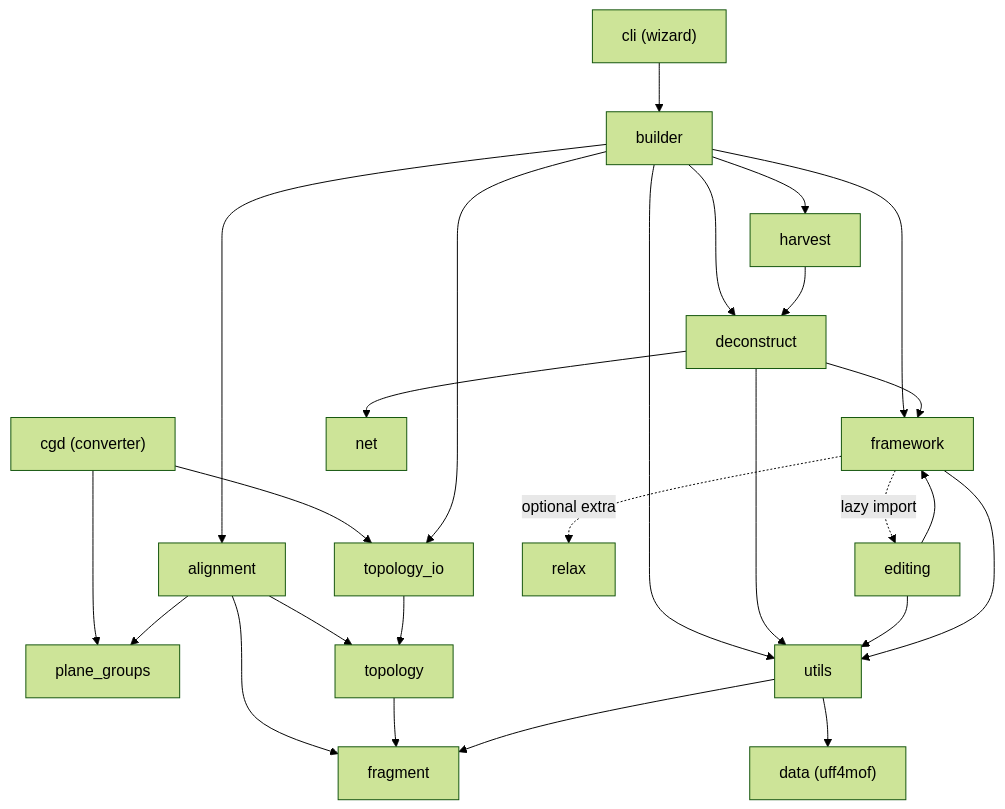
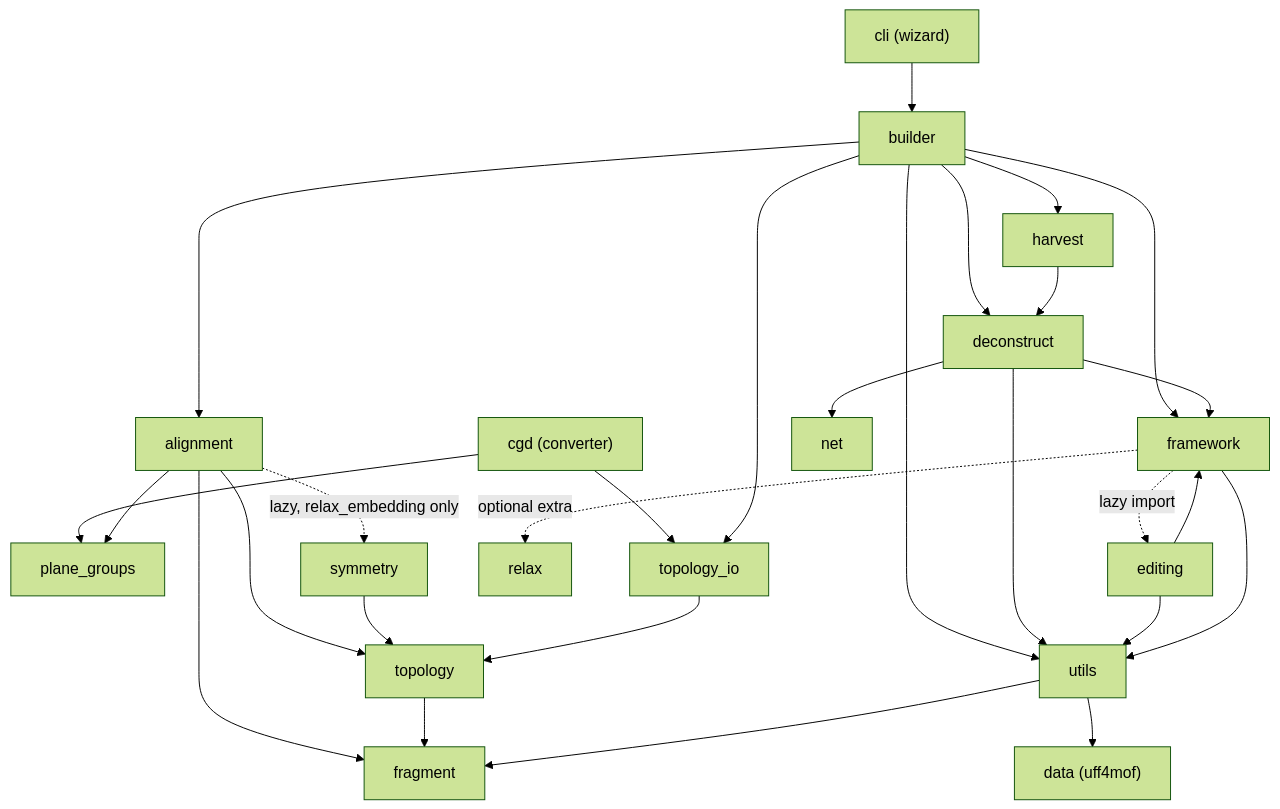
One commit to DCoupry/autografs changed the third of 3 diagrams in docs/internals.md. Above: the diagram before and after it, drawn with Mermaid (forest theme). The commit also changed other lines of this file and 3 other files, not shown here.

````diff
--- a/docs/internals.md
+++ b/docs/internals.md
@@ -174,28 +177,30 @@
 ```mermaid
 flowchart TD
     cli["cli  (wizard)"] --> builder
     cgd["cgd  (converter)"] --> plane_groups
     cgd --> topology_io
     builder --> alignment
     builder --> topology_io
     builder --> framework
     builder --> utils
     builder --> deconstruct
     builder --> harvest
     harvest --> deconstruct
     deconstruct --> net
     deconstruct --> framework
     deconstruct --> utils
     framework -. "lazy import" .-> editing
     editing --> framework
     editing --> utils
     alignment --> fragment
     alignment --> topology
     alignment --> plane_groups
+    alignment -. "lazy, relax_embedding only" .-> symmetry
+    symmetry --> topology
     topology --> fragment
     topology_io --> topology
     framework --> utils
     framework -. "optional extra" .-> relax
     utils --> fragment
     utils --> data["data  (uff4mof)"]
 ```
````
